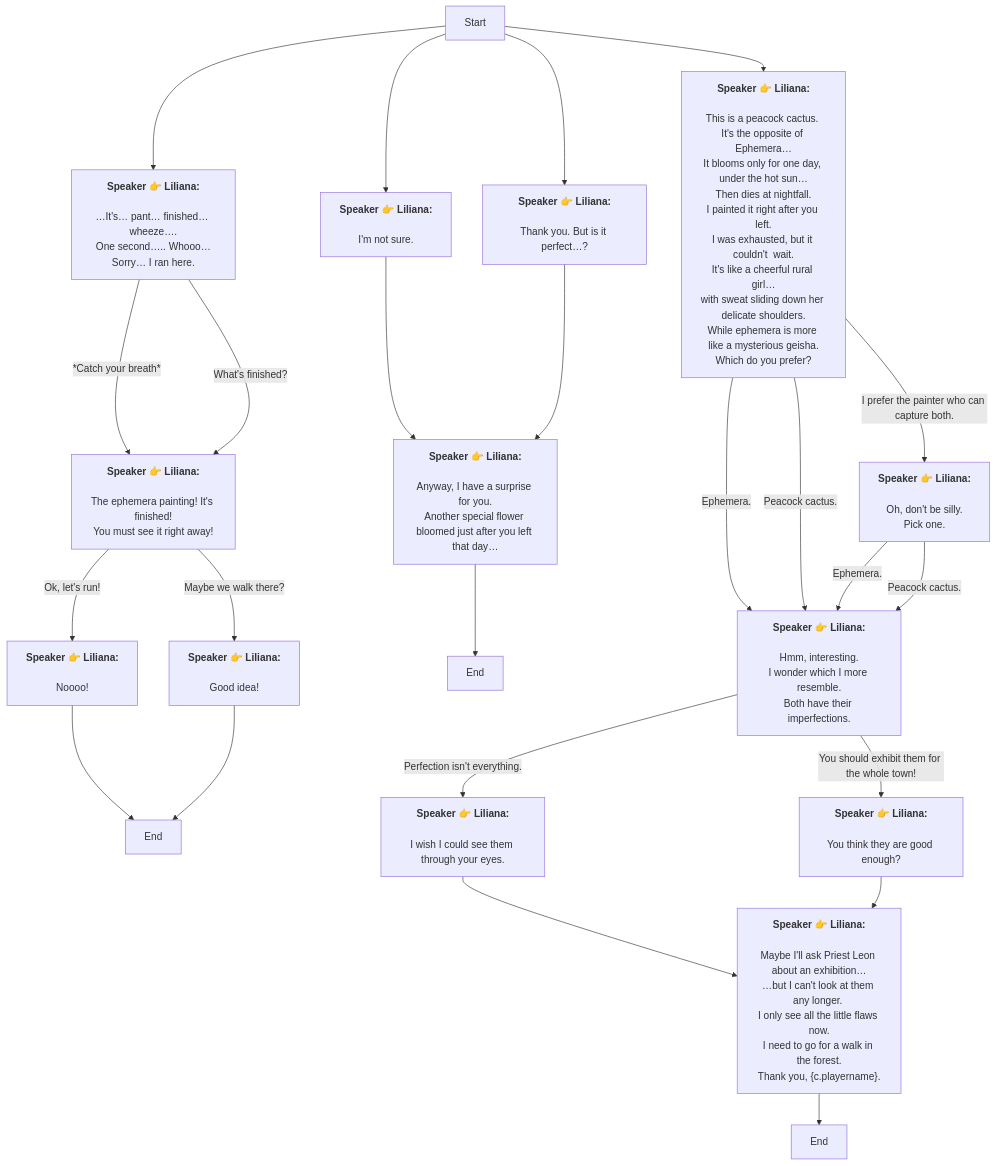
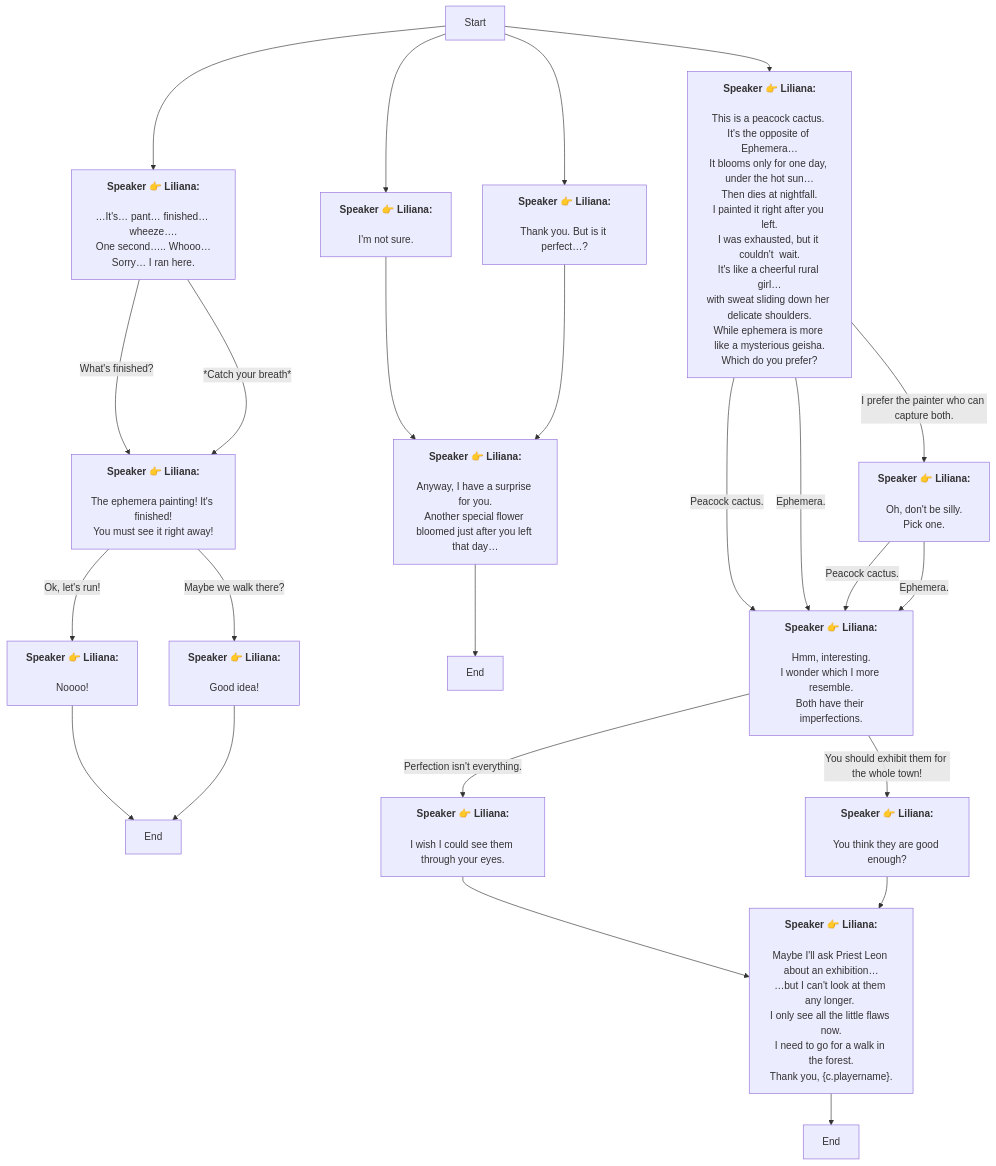
Before and after one commit to SoftHu/tos_avg: the diagram in En/heart_4_2_4_6.md, drawn with Mermaid. The commit also changed other lines of this file and 780 other files, not shown here.

````diff
--- a/En/heart_4_2_4_6.md
+++ b/En/heart_4_2_4_6.md
@@ -1,69 +1,69 @@
 ```mermaid
 graph
 Start -->1768789456595545[<b>Speaker 👉 Liliana:</b>
 \n…It's… pant… finished… wheeze….
 One second….. Whooo…
 Sorry… I ran here.]
+1768789456595545 -->|What's finished?|1768789510087263[<b>Speaker 👉 Liliana:</b>
+\nThe ephemera painting! It's finished!
+You must see it right away!]
 1768789456595545 -->|*Catch your breath*|1768789510087263[<b>Speaker 👉 Liliana:</b>
 \nThe ephemera painting! It's finished!
 You must see it right away!]
-1768789456595545 -->|What's finished?|1768789510087263[<b>Speaker 👉 Liliana:</b>
-\nThe ephemera painting! It's finished!
-You must see it right away!]
+1768789510087263 -->|Maybe we walk there?|1768789563720294[<b>Speaker 👉 Liliana:</b>
+\nGood idea!]
 1768789510087263 -->|Ok, let's run!|1768789555074661[<b>Speaker 👉 Liliana:</b>
 \nNoooo!]
-1768789510087263 -->|Maybe we walk there?|1768789563720294[<b>Speaker 👉 Liliana:</b>
-\nGood idea!]
 1768789555074661 -->1768789571012199[End]
 1768789563720294 -->1768789571012199[End]
+Start -->1768789637396081[<b>Speaker 👉 Liliana:</b>
+\nThank you. But is it perfect…?]
 Start -->1768789629735536[<b>Speaker 👉 Liliana:</b>
 \nI'm not sure.]
-Start -->1768789637396081[<b>Speaker 👉 Liliana:</b>
-\nThank you. But is it perfect…?]
 1768789629735536 -->1768789648189042[<b>Speaker 👉 Liliana:</b>
 \nAnyway, I have a surprise for you.
 Another special flower bloomed just after you left that day…]
 1768789648189042 -->1768789667948147[End]
 1768789637396081 -->1768789648189042[<b>Speaker 👉 Liliana:</b>
 \nAnyway, I have a surprise for you.
 Another special flower bloomed just after you left that day…]
 Start -->1768789682103925[<b>Speaker 👉 Liliana:</b>
 \nThis is a peacock cactus. 
 It's the opposite of Ephemera…\nIt blooms only for one day, 
 under the hot sun…\nThen dies at nightfall.
 I painted it right after you left.
 I was exhausted, but it couldn't  wait.\nIt's like a cheerful rural girl…
 with sweat sliding down her delicate shoulders.
 While ephemera is more like a mysterious geisha.\nWhich do you prefer?]
 1768789682103925 -->|I prefer the painter who can capture both.|1768789777376911[<b>Speaker 👉 Liliana:</b>
 \nOh, don't be silly. 
 Pick one.]
+1768789682103925 -->|Peacock cactus.|1768789854508697[<b>Speaker 👉 Liliana:</b>
+\nHmm, interesting.\nI wonder which I more resemble.
+Both have their imperfections.]
 1768789682103925 -->|Ephemera.|1768789854508697[<b>Speaker 👉 Liliana:</b>
 \nHmm, interesting.\nI wonder which I more resemble.
 Both have their imperfections.]
-1768789682103925 -->|Peacock cactus.|1768789854508697[<b>Speaker 👉 Liliana:</b>
+1768789777376911 -->|Peacock cactus.|1768789854508697[<b>Speaker 👉 Liliana:</b>
 \nHmm, interesting.\nI wonder which I more resemble.
 Both have their imperfections.]
 1768789777376911 -->|Ephemera.|1768789854508697[<b>Speaker 👉 Liliana:</b>
 \nHmm, interesting.\nI wonder which I more resemble.
 Both have their imperfections.]
-1768789777376911 -->|Peacock cactus.|1768789854508697[<b>Speaker 👉 Liliana:</b>
-\nHmm, interesting.\nI wonder which I more resemble.
-Both have their imperfections.]
+1768789854508697 -->|You should exhibit them for the whole town!|1768789909116576[<b>Speaker 👉 Liliana:</b>
+\nYou think they are good enough?]
 1768789854508697 -->|Perfection isn't everything.|1768789897873055[<b>Speaker 👉 Liliana:</b>
 \nI wish I could see them through your eyes.]
-1768789854508697 -->|You should exhibit them for the whole town!|1768789909116576[<b>Speaker 👉 Liliana:</b>
-\nYou think they are good enough?]
 1768789897873055 -->1768789917893281[<b>Speaker 👉 Liliana:</b>
 \nMaybe I'll ask Priest Leon about an exhibition…
 …but I can't look at them any longer. 
 I only see all the little flaws now.\nI need to go for a walk in the forest.
 Thank you, &lbrace;c.playername&rbrace;.]
 1768789917893281 -->1768789958068898[End]
 1768789909116576 -->1768789917893281[<b>Speaker 👉 Liliana:</b>
 \nMaybe I'll ask Priest Leon about an exhibition…
 …but I can't look at them any longer. 
 I only see all the little flaws now.\nI need to go for a walk in the forest.
 Thank you, &lbrace;c.playername&rbrace;.]
 
 ```
````
